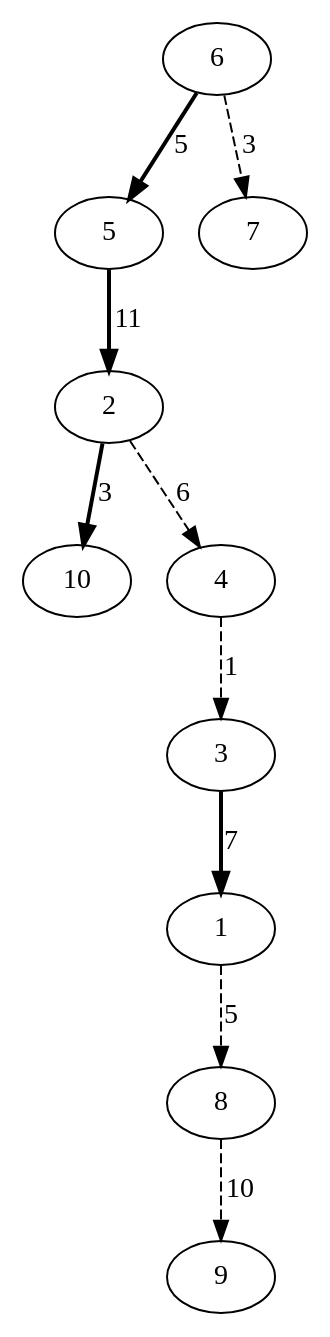
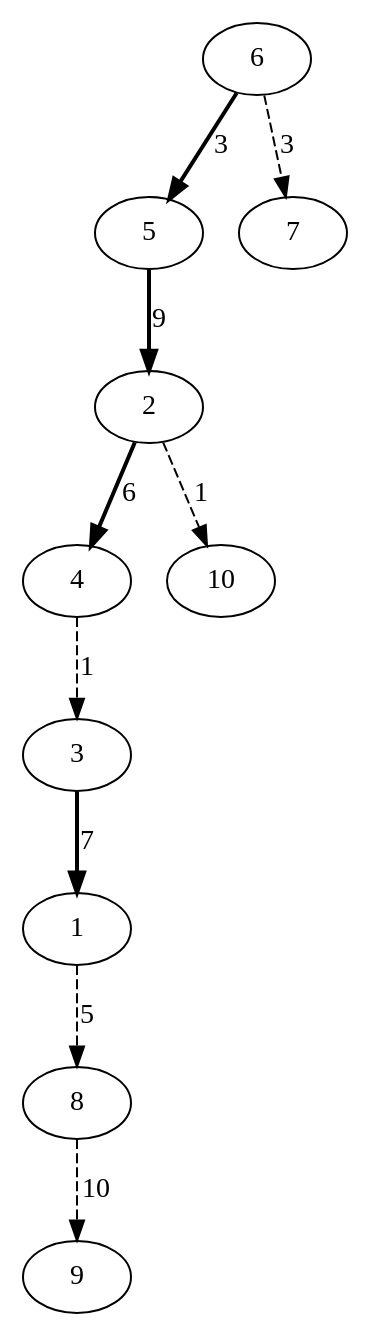
Before and after one commit to Musab1Blaser/DynamicTrees_NF: the diagram in combined_graph.dot, drawn with Graphviz. The commit also changed 47 other files, not shown here.

```diff
--- a/combined_graph.dot
+++ b/combined_graph.dot
@@ -1,21 +1,21 @@
 digraph G {
-6 -> 5 [style=bold, label=5];
-5 -> 2 [style=bold, label=11];
-2 -> 10 [style=bold, label=3];
+6 -> 5 [style=bold, label=3];
+5 -> 2 [style=bold, label=9];
+2 -> 4 [style=bold, label=6];
 3 -> 1 [style=bold, label=7];
 4 -> 3 [style=dashed, label=1];
-2 -> 4 [style=dashed, label=6];
 6 -> 7 [style=dashed, label=3];
 1 -> 8 [style=dashed, label=5];
 8 -> 9 [style=dashed, label=10];
+2 -> 10 [style=dashed, label=1];
 1; 
 2; 
 3; 
 4; 
 5; 
 6; 
 7; 
 8; 
 9; 
 10; 
 }
```
